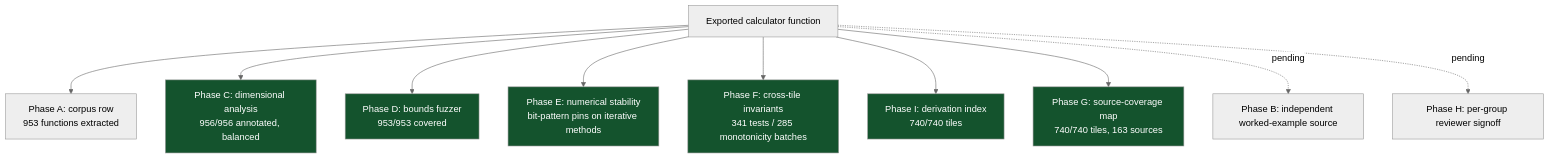
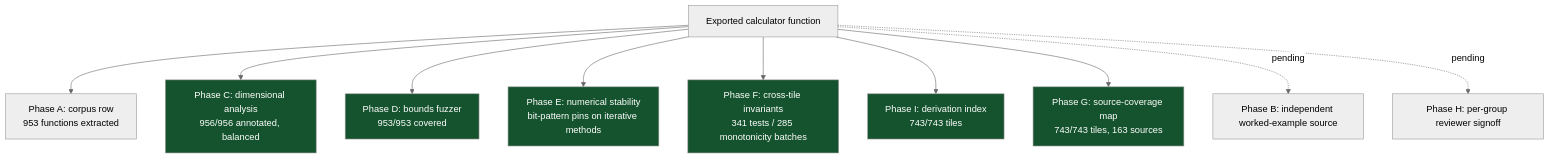
One commit to clay-good/roughlogic.com changed the sixth of 8 diagrams in README.md. Above: the diagram before and after it, drawn with Mermaid (neutral theme). The commit also changed other lines of this file and 23 other files, not shown here.

````diff
--- a/README.md
+++ b/README.md
@@ -519,18 +519,18 @@
 ```mermaid
 flowchart TB
     F[Exported calculator function] --> A[Phase A: corpus row\n953 functions extracted]
     F --> C[Phase C: dimensional analysis\n956/956 annotated, balanced]
     F --> D[Phase D: bounds fuzzer\n953/953 covered]
     F --> E[Phase E: numerical stability\nbit-pattern pins on iterative methods]
     F --> Fa[Phase F: cross-tile invariants\n341 tests / 285 monotonicity batches]
-    F --> I[Phase I: derivation index\n740/740 tiles]
-    F --> G[Phase G: source-coverage map\n740/740 tiles, 163 sources]
+    F --> I[Phase I: derivation index\n743/743 tiles]
+    F --> G[Phase G: source-coverage map\n743/743 tiles, 163 sources]
     F -.pending.-> B[Phase B: independent worked-example source]
     F -.pending.-> H[Phase H: per-group reviewer signoff]
     style C fill:#14532d,color:#fff
     style D fill:#14532d,color:#fff
     style E fill:#14532d,color:#fff
     style Fa fill:#14532d,color:#fff
     style G fill:#14532d,color:#fff
     style I fill:#14532d,color:#fff
 ```
````
